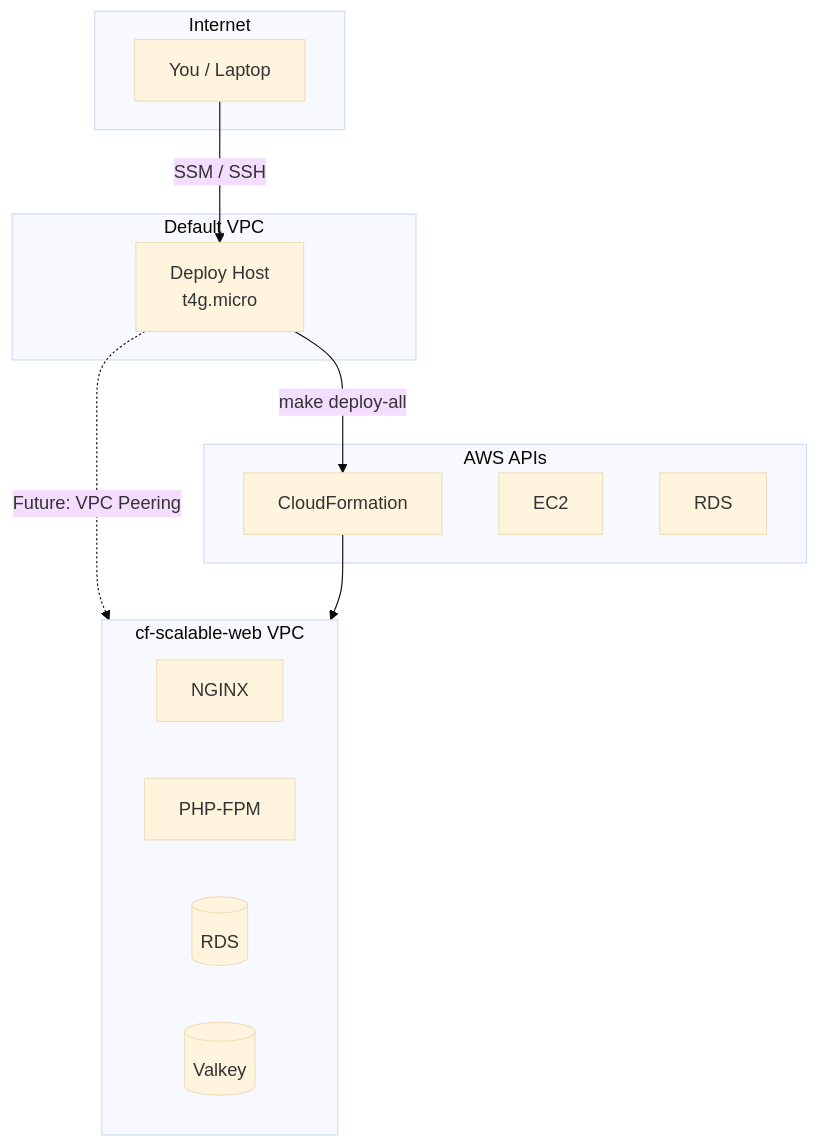
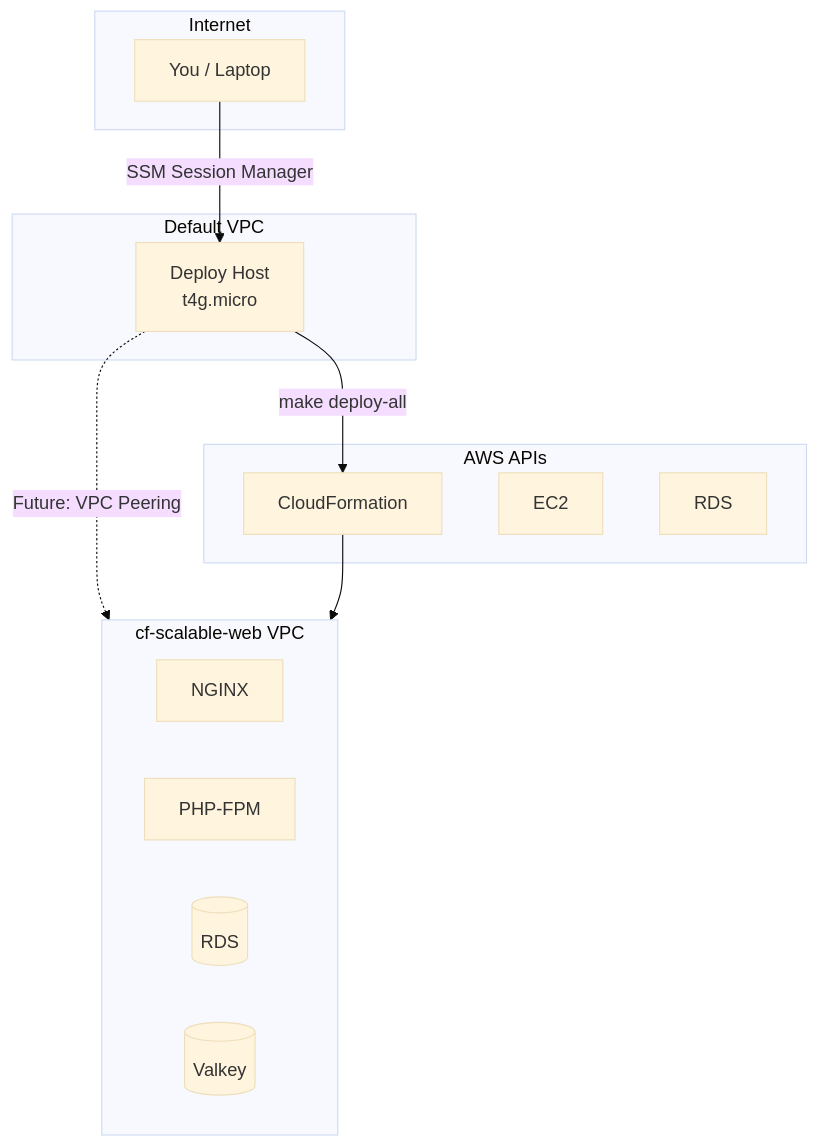
The diagram in docs/DEPLOY-HOST.md (worx/cf-scalable-web), drawn with Mermaid (base theme) before and after one commit. The commit also changed other lines of this file and 10 other files, not shown here.

````diff
--- a/docs/DEPLOY-HOST.md
+++ b/docs/DEPLOY-HOST.md
@@ -14,28 +14,28 @@
 ```mermaid
 flowchart TB
     subgraph Internet
         YOU[You / Laptop]
     end
 
     subgraph DefaultVPC["Default VPC"]
         DEPLOYHOST[Deploy Host<br/>t4g.micro]
     end
 
     subgraph ProjectVPC["cf-scalable-web VPC"]
         NGINX[NGINX]
         PHP[PHP-FPM]
         RDS[(RDS)]
         CACHE[(Valkey)]
     end
 
     subgraph AWS["AWS APIs"]
         CF[CloudFormation]
         EC2API[EC2]
         RDSAPI[RDS]
     end
 
-    YOU -->|SSM / SSH| DEPLOYHOST
+    YOU -->|SSM Session Manager| DEPLOYHOST
     DEPLOYHOST -->|make deploy-all| CF
     DEPLOYHOST -.->|Future: VPC Peering| ProjectVPC
     CF --> ProjectVPC
 ```
````
